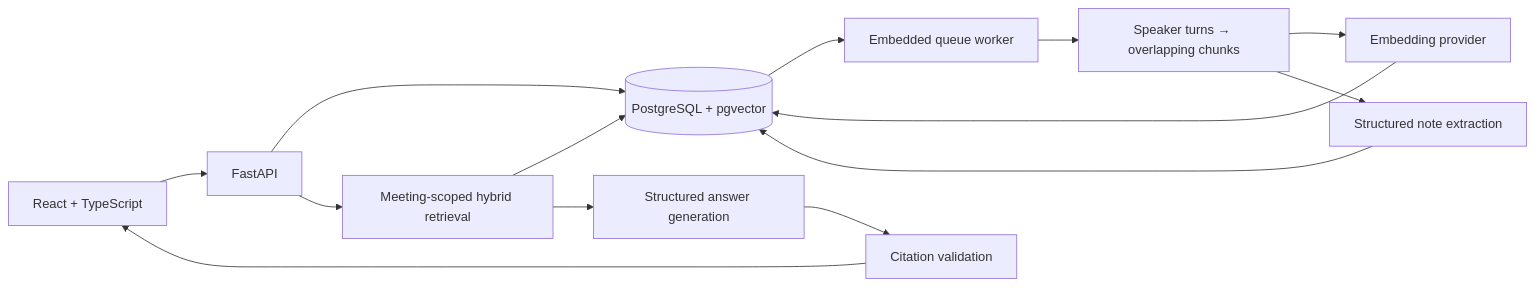
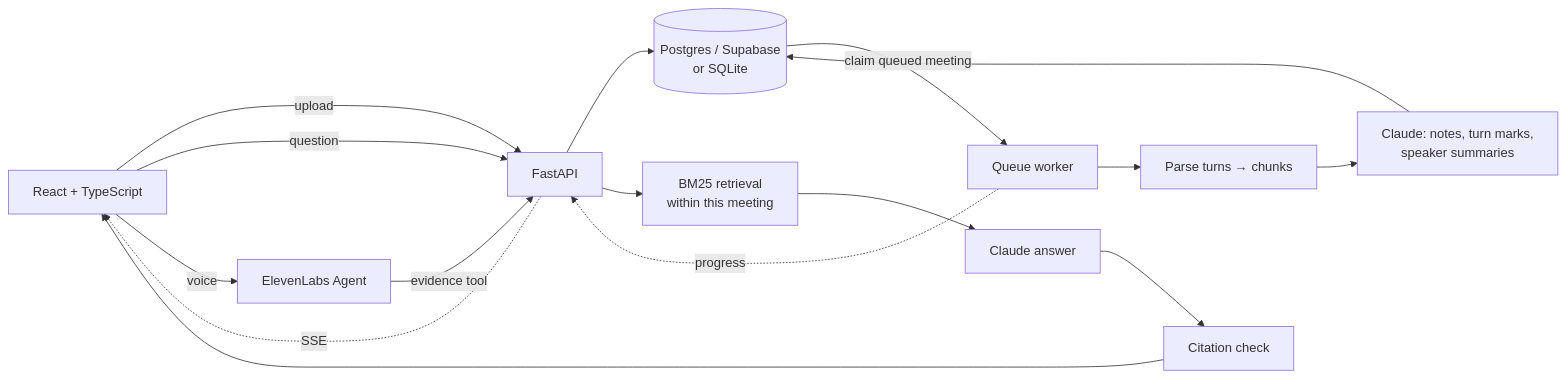
Before and after one commit to prasanthmaran/minutes-meeting-intelligence: the diagram in README.md, drawn with Mermaid. The commit also changed other lines of this file and 42 other files, not shown here.

````diff
--- a/README.md
+++ b/README.md
@@ -90,16 +65,12 @@
 ```mermaid
 flowchart LR
-  UI[React + TypeScript] --> API[FastAPI]
-  API --> DB[(PostgreSQL + pgvector)]
-  DB --> Worker[Embedded queue worker]
-  Worker --> Parse[Speaker turns → overlapping chunks]
-  Parse --> Embed[Embedding provider]
-  Embed --> DB
-  Parse --> Notes[Structured note extraction]
-  Notes --> DB
-  API --> Retrieve[Meeting-scoped hybrid retrieval]
-  Retrieve --> DB
-  Retrieve --> LLM[Structured answer generation]
-  LLM --> Validate[Citation validation]
-  Validate --> UI
+  UI[React + TypeScript] -->|upload| API[FastAPI]
+  API --> DB[(Postgres / Supabase<br/>or SQLite)]
+  DB -->|claim queued meeting| Worker[Queue worker]
+  Worker --> Parse[Parse turns → chunks]
+  Parse --> Claude[Claude: notes, turn marks,<br/>speaker summaries]
+  Claude --> DB
+  Worker -.progress.-> API -.SSE.-> UI
+  UI -->|question| API --> Retrieve[BM25 retrieval<br/>within this meeting] --> Answer[Claude answer] --> Validate[Citation check] --> UI
+  UI -->|voice| EL[ElevenLabs Agent] -->|evidence tool| API
 ```
````
